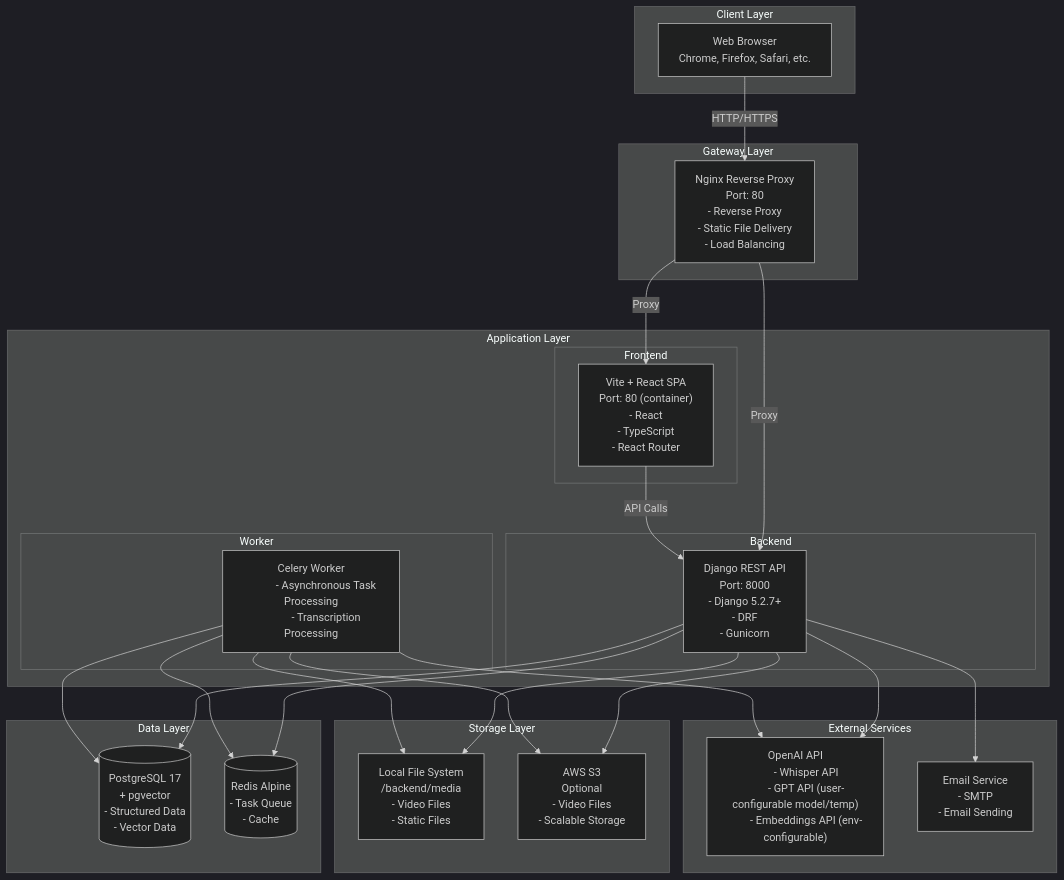
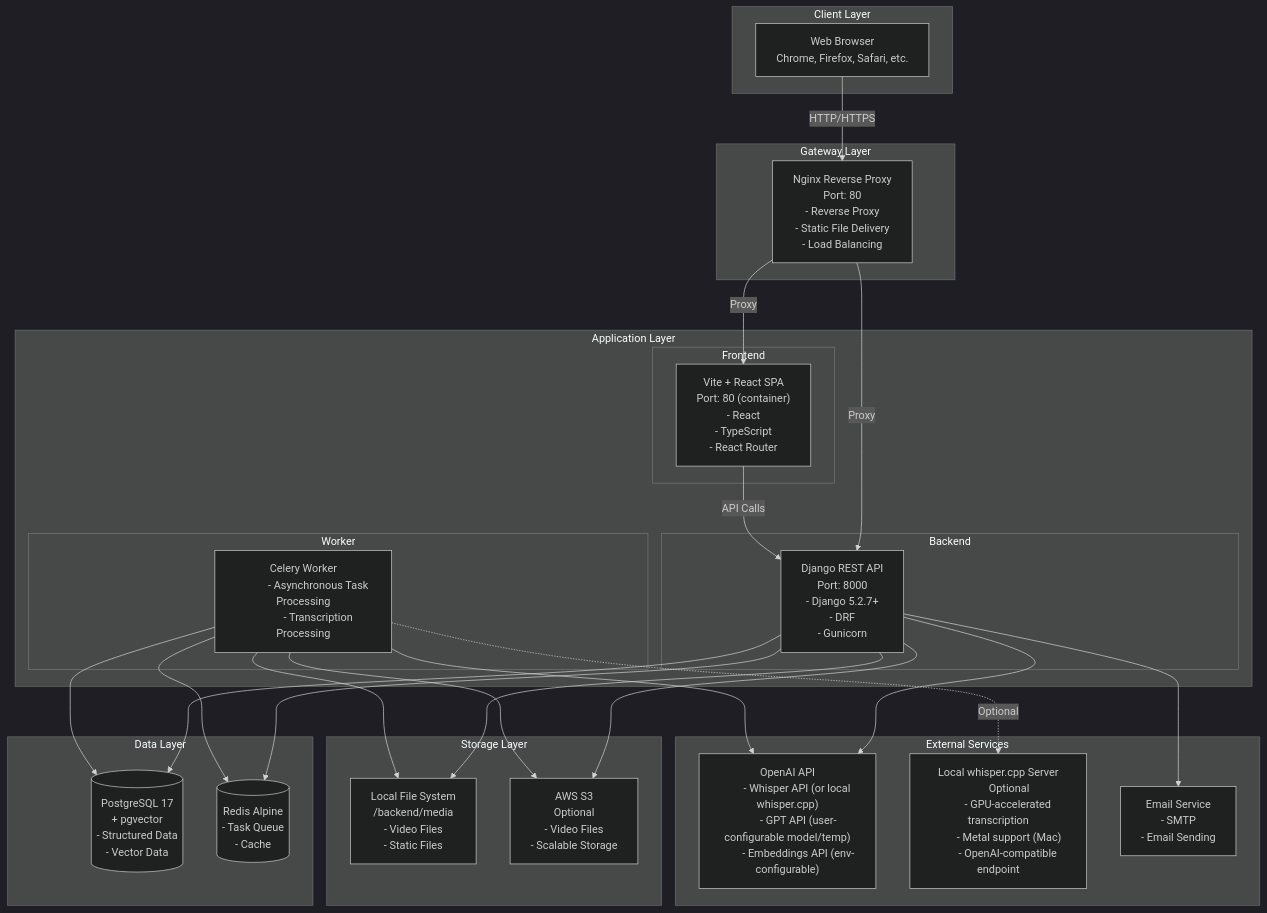
Before and after one commit to yukiharada1228/videoq: the first of 7 diagrams in docs/architecture/system-configuration-diagram.md, drawn with Mermaid (dark theme). The commit also changed 11 other files, not shown here.

````diff
--- a/docs/architecture/system-configuration-diagram.md
+++ b/docs/architecture/system-configuration-diagram.md
@@ -68,9 +68,14 @@
 
     subgraph External["External Services"]
         OpenAI["OpenAI API
-        - Whisper API
+        - Whisper API (or local whisper.cpp)
         - GPT API (user-configurable model/temp)
         - Embeddings API (env-configurable)"]
+        WhisperLocal["Local whisper.cpp Server
+        Optional
+        - GPU-accelerated transcription
+        - Metal support (Mac)
+        - OpenAI-compatible endpoint"]
         Email["Email Service
         - SMTP
         - Email Sending"]
@@ -91,4 +96,5 @@
     Celery --> LocalFS
     Celery --> S3
     Celery --> OpenAI
+    Celery -.->|Optional| WhisperLocal
 ```
````
